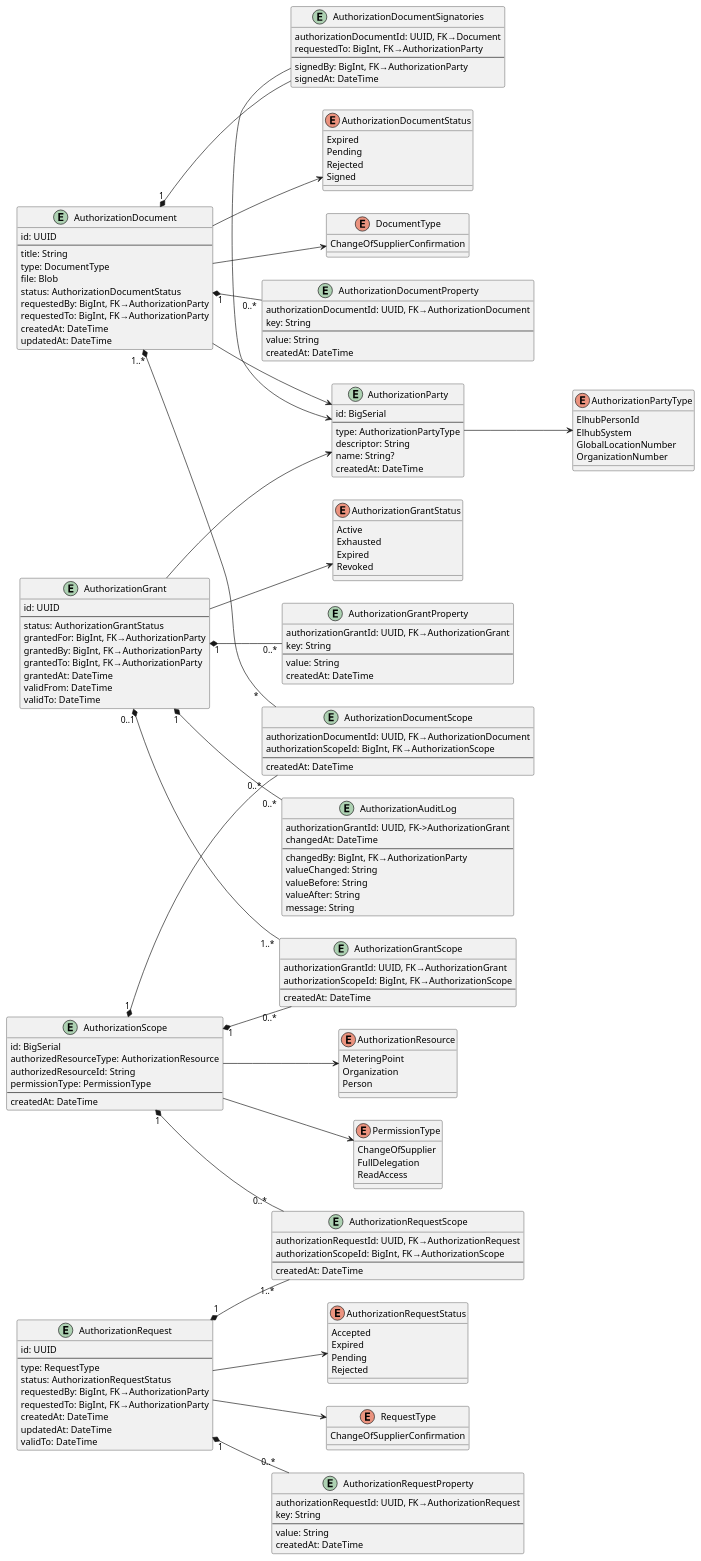
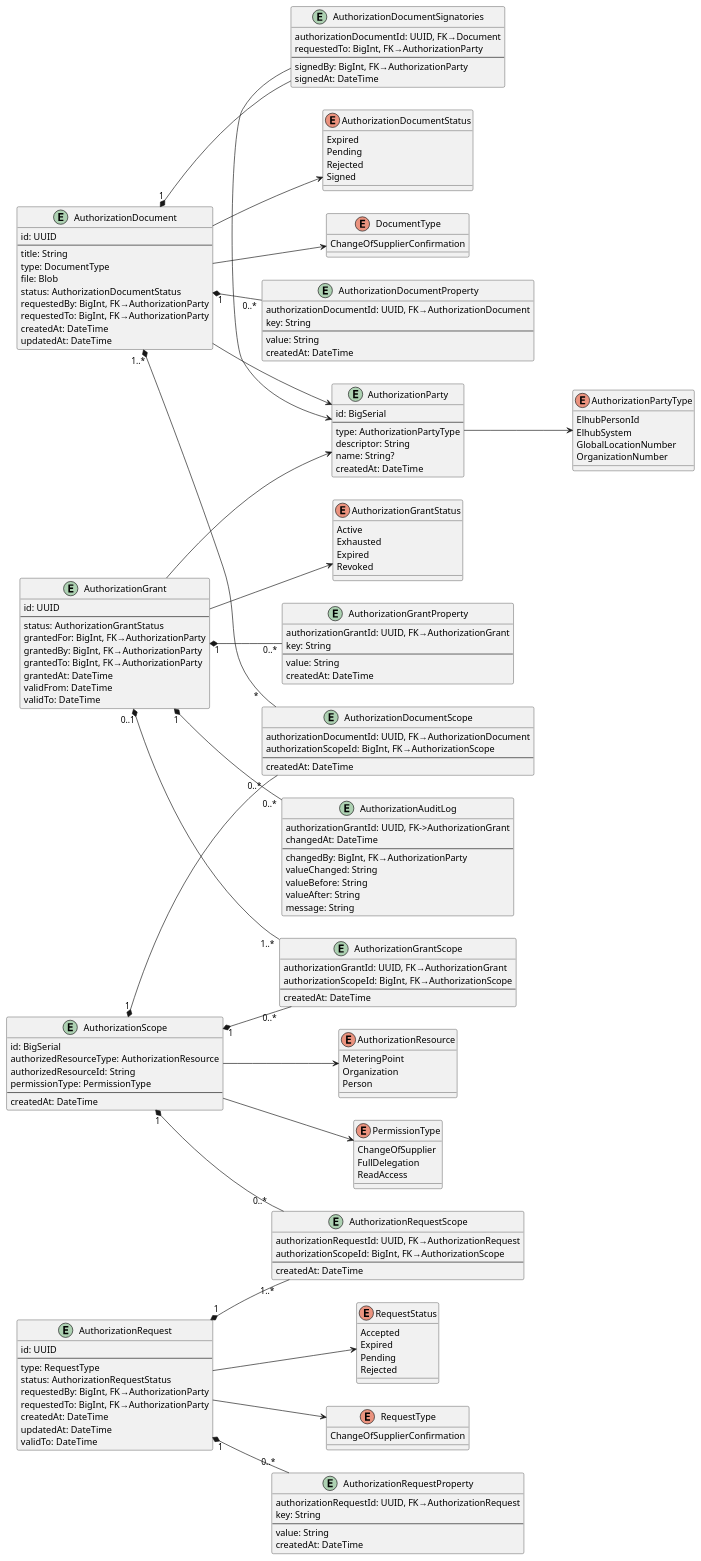
Before and after one commit to elhub/auth-grant-manager: the diagram in docs/datamodel/datamodel.plantuml, drawn with PlantUML. The commit also changed 5 other files, not shown here.

```diff
--- a/docs/datamodel/datamodel.plantuml
+++ b/docs/datamodel/datamodel.plantuml
@@ -32,7 +32,7 @@
   Signed
 }
 
-enum AuthorizationRequestStatus {
+enum RequestStatus {
   Accepted
   Expired
   Pending
@@ -199,7 +199,7 @@
 AuthorizationRequest "1" *-- "0..*" AuthorizationRequestProperty
 AuthorizationRequest "1" *-- "1..*" AuthorizationRequestScope
 AuthorizationRequest --> RequestType
-AuthorizationRequest --> AuthorizationRequestStatus
+AuthorizationRequest --> RequestStatus
 AuthorizationParty --> AuthorizationPartyType
 
 @enduml
```
